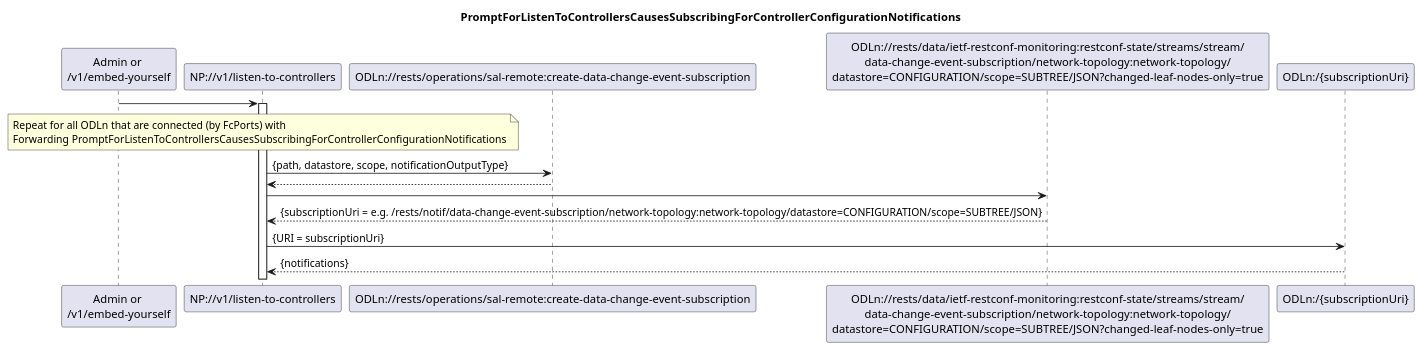
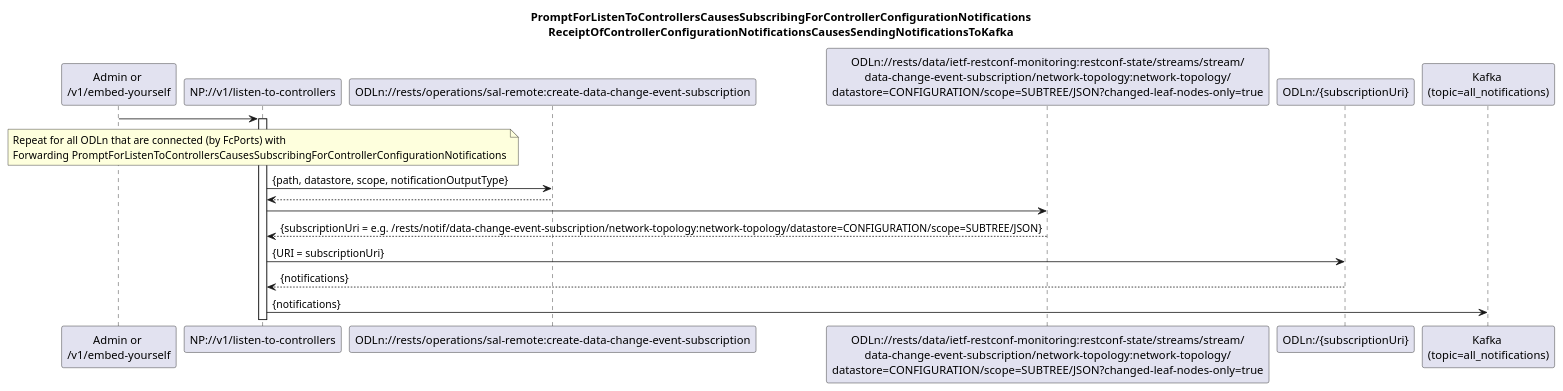
The diagram in spec/diagrams/is001_SubscribingForControllerConfigurationNotifications.plantuml (openBackhaul/NotificationProxy), drawn with PlantUML before and after one commit. The commit also changed 5 other files, not shown here.

Commit message:
[Kafka] Update diagrams for Kafka usage Fixes #95

```diff
--- a/spec/diagrams/is001_SubscribingForControllerConfigurationNotifications.plantuml
+++ b/spec/diagrams/is001_SubscribingForControllerConfigurationNotifications.plantuml
@@ -1,29 +1,35 @@
 @startuml is001_SubscribingForControllerConfigurationNotifications
 skinparam responseMessageBelowArrow true
 
-title PromptForListenToControllersCausesSubscribingForControllerConfigurationNotifications
+title 
+  PromptForListenToControllersCausesSubscribingForControllerConfigurationNotifications
+  ReceiptOfControllerConfigurationNotificationsCausesSendingNotificationsToKafka
+end title
 
 participant "Admin or \n/v1/embed-yourself" as Requestor
 participant "NP://v1/listen-to-controllers" as NP_listen
 participant "ODLn://rests/operations/sal-remote:create-data-change-event-subscription" as ODL_step1
 participant "ODLn://rests/data/ietf-restconf-monitoring:restconf-state/streams/stream/\ndata-change-event-subscription/network-topology:network-topology/\ndatastore=CONFIGURATION/scope=SUBTREE/JSON?changed-leaf-nodes-only=true" as ODL_step2
 participant "ODLn:/{subscriptionUri}" as ODL_step3
+participant "Kafka \n(topic=all_notifications)" as Kafka
 
 Requestor -> NP_listen
 activate NP_listen
 
 note over NP_listen
 Repeat for all ODLn that are connected (by FcPorts) with
 Forwarding PromptForListenToControllersCausesSubscribingForControllerConfigurationNotifications
 end note
 
 NP_listen -> ODL_step1: {path, datastore, scope, notificationOutputType}
 ODL_step1 --> NP_listen
 
 NP_listen -> ODL_step2
 ODL_step2 --> NP_listen: {subscriptionUri = e.g. /rests/notif/data-change-event-subscription/network-topology:network-topology/datastore=CONFIGURATION/scope=SUBTREE/JSON}
 
 NP_listen -> ODL_step3: {URI = subscriptionUri}
 ODL_step3 --> NP_listen: {notifications}
 
+NP_listen -> Kafka: {notifications}
+
 @enduml
```
